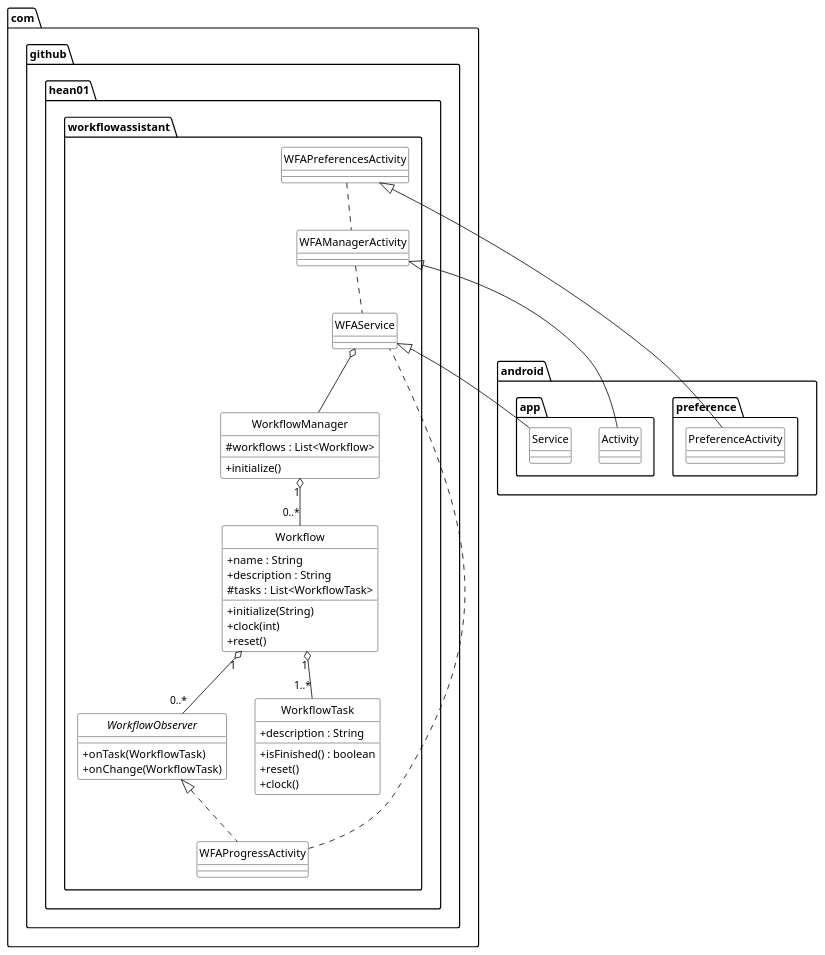
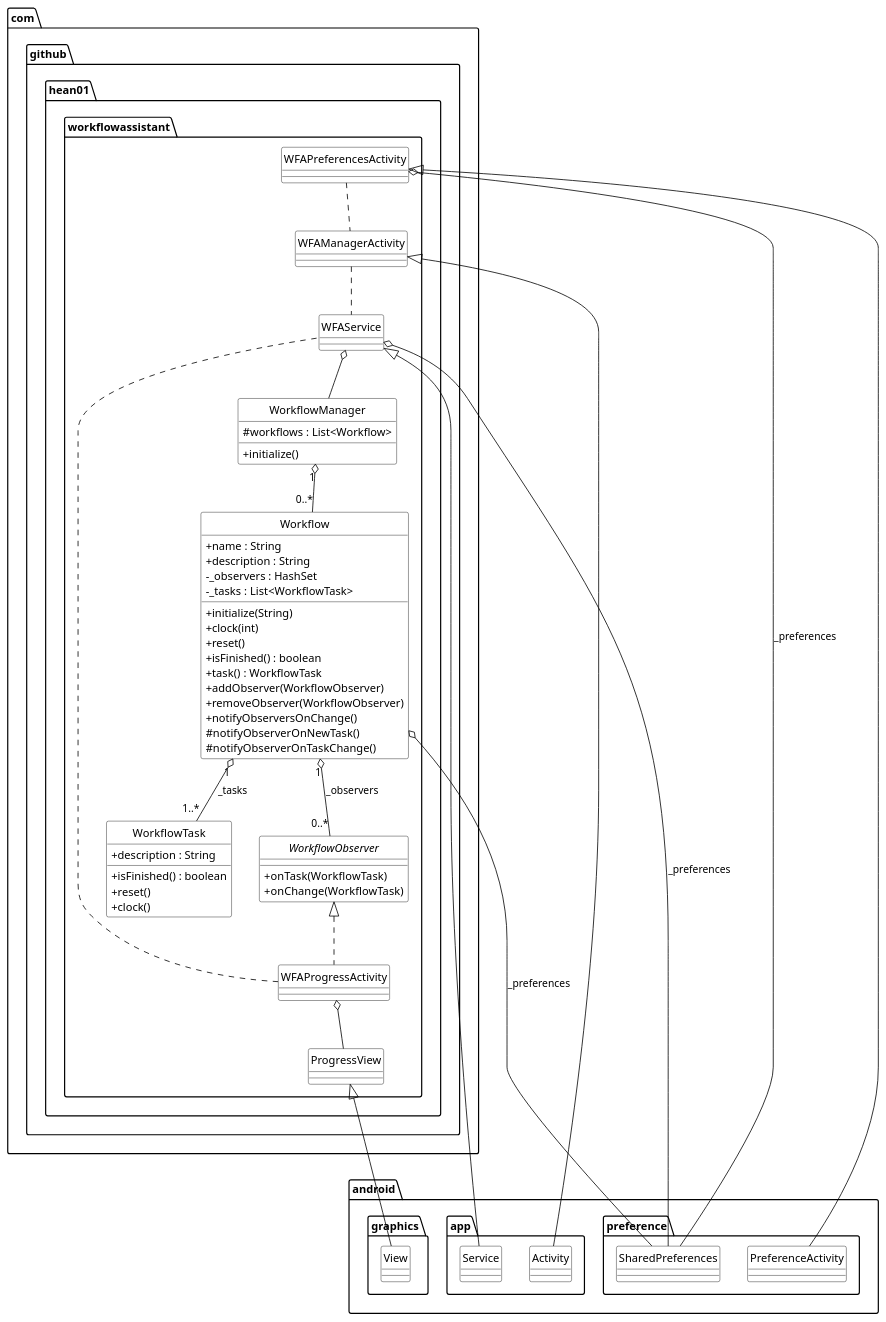
One commit to hean01/wfa changed the diagram in docs/internals.org. Above: the diagram before and after it, drawn with PlantUML. The commit also changed other lines of this file, not shown here.

Commit message:
Updated the internals doc.

```diff
--- a/docs/internals.org
+++ b/docs/internals.org
@@ -51,66 +55,81 @@
-#+BEGIN_SRC plantuml :file class_diagram.svg
+#+BEGIN_SRC plantuml
 skinparam backgroundColor #FFFFFF
 hide circle
 
 skinparam class {
   AttributeIconSize 0
   ArrowColor Black
   BackgroundColor White
   BorderColor Black
 }
 
 package com.github.hean01.workflowassistant {
 class WFAService {
 }
 
 class WFAManagerActivity {
 }
 
 class WFAPreferencesActivity {
 }
 
 class WFAProgressActivity {
 }
 
+class ProgressView {
+}
+
 class WorkflowManager {
   + initialize()
   # workflows : List<Workflow>
 }
 
 class Workflow {
  + initialize(String)
  + clock(int)
  + reset()
+ + isFinished() : boolean
+ + task() : WorkflowTask
+ + addObserver(WorkflowObserver)
+ + removeObserver(WorkflowObserver)
+ + notifyObserversOnChange()
  + name : String
  + description : String
- # tasks : List<WorkflowTask>
+ # notifyObserverOnNewTask()
+ # notifyObserverOnTaskChange()
+ - _observers : HashSet
+ - _tasks : List<WorkflowTask>
 }
 
 interface WorkflowObserver {
  + onTask(WorkflowTask)
  + onChange(WorkflowTask)
 }
 
 class WorkflowTask {
   + description : String
   + isFinished() : boolean
   + reset()
   + clock()
 }
 }
 
 
 
 WFAProgressActivity .. WFAService
+WFAProgressActivity o-- ProgressView
 WFAManagerActivity .. WFAService
 WFAPreferencesActivity .. WFAManagerActivity
 WFAPreferencesActivity <|-- android.preference.PreferenceActivity
+WFAPreferencesActivity o-- android.preference.SharedPreferences : _preferences
 WFAManagerActivity <|-- android.app.Activity
 WorkflowObserver <|.. WFAProgressActivity
 WFAService <|-- android.app.Service
 WFAService o-- WorkflowManager
+WFAService o-- android.preference.SharedPreferences : _preferences
 WorkflowManager "1" o-- "0..*" Workflow
-Workflow "1" o-- "0..*" WorkflowObserver
-Workflow "1" o-- "1..*" WorkflowTask
-
+Workflow "1" o-- "0..*" WorkflowObserver : _observers
+Workflow "1" o-- "1..*" WorkflowTask : _tasks
+Workflow o-- android.preference.SharedPreferences : _preferences
+ProgressView <|-- android.graphics.View
 #+END_SRC
```
